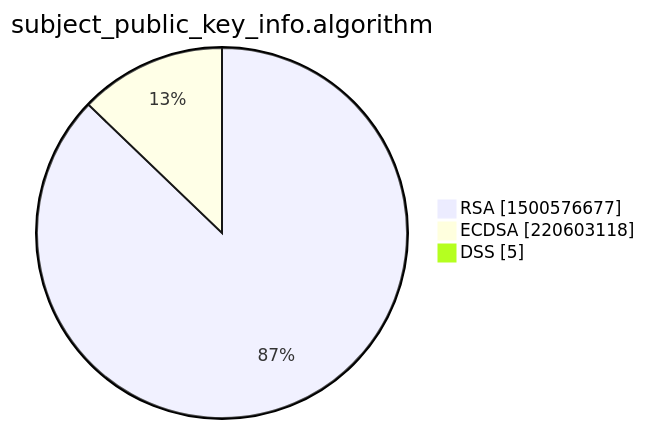
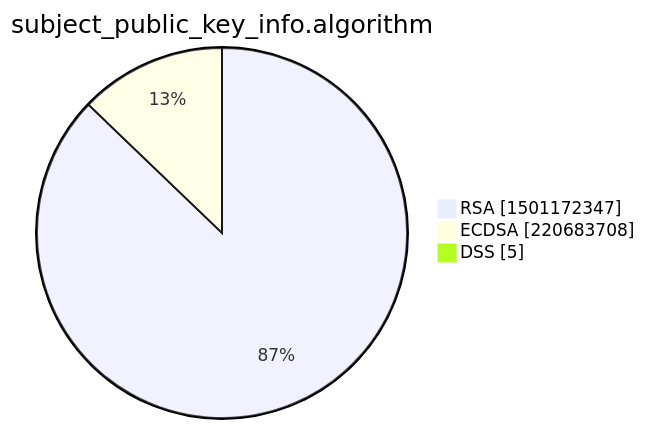
Before and after one commit to christiankrug/ctmonitor_visualization: the third of 15 diagrams in xenon2022/README.md, drawn with Mermaid. The commit also changed other lines of this file, not shown here.

````diff
--- a/xenon2022/README.md
+++ b/xenon2022/README.md
@@ -14,7 +14,7 @@
 ```mermaid
 pie showData
 title subject_public_key_info.algorithm
-"RSA" :1500576677
-"ECDSA" :220603118
+"RSA" :1501172347
+"ECDSA" :220683708
 "DSS" :5
 ```
````
